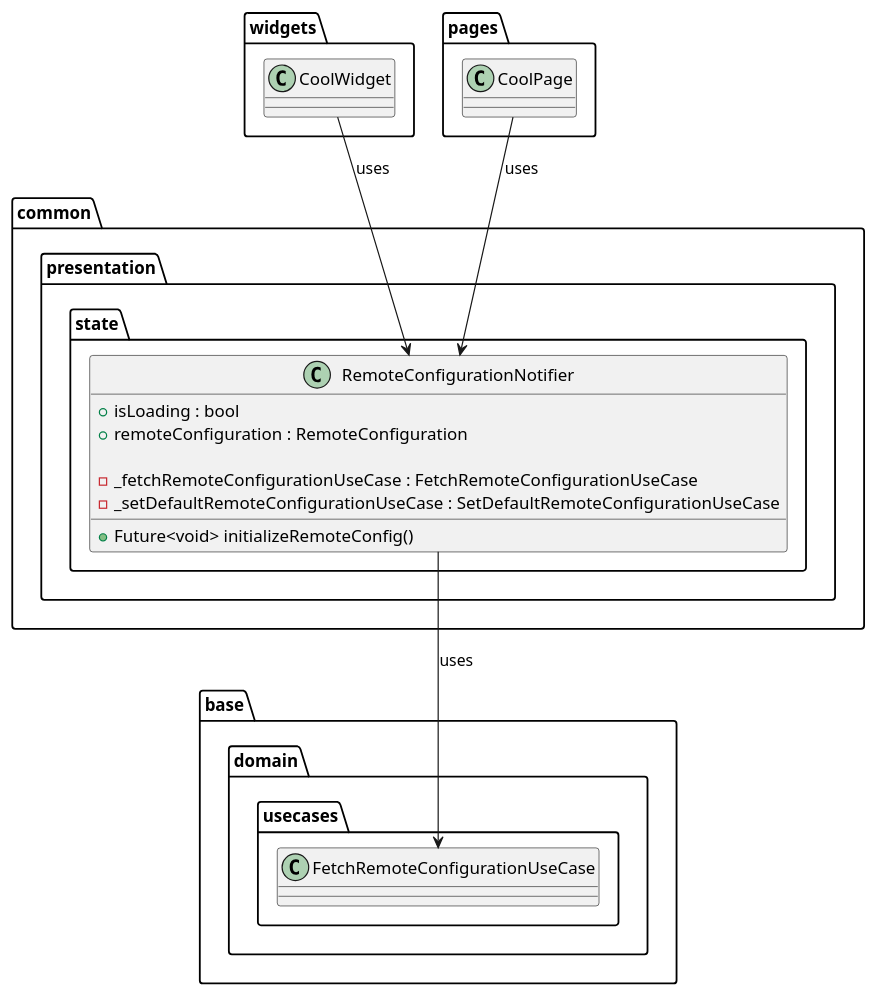
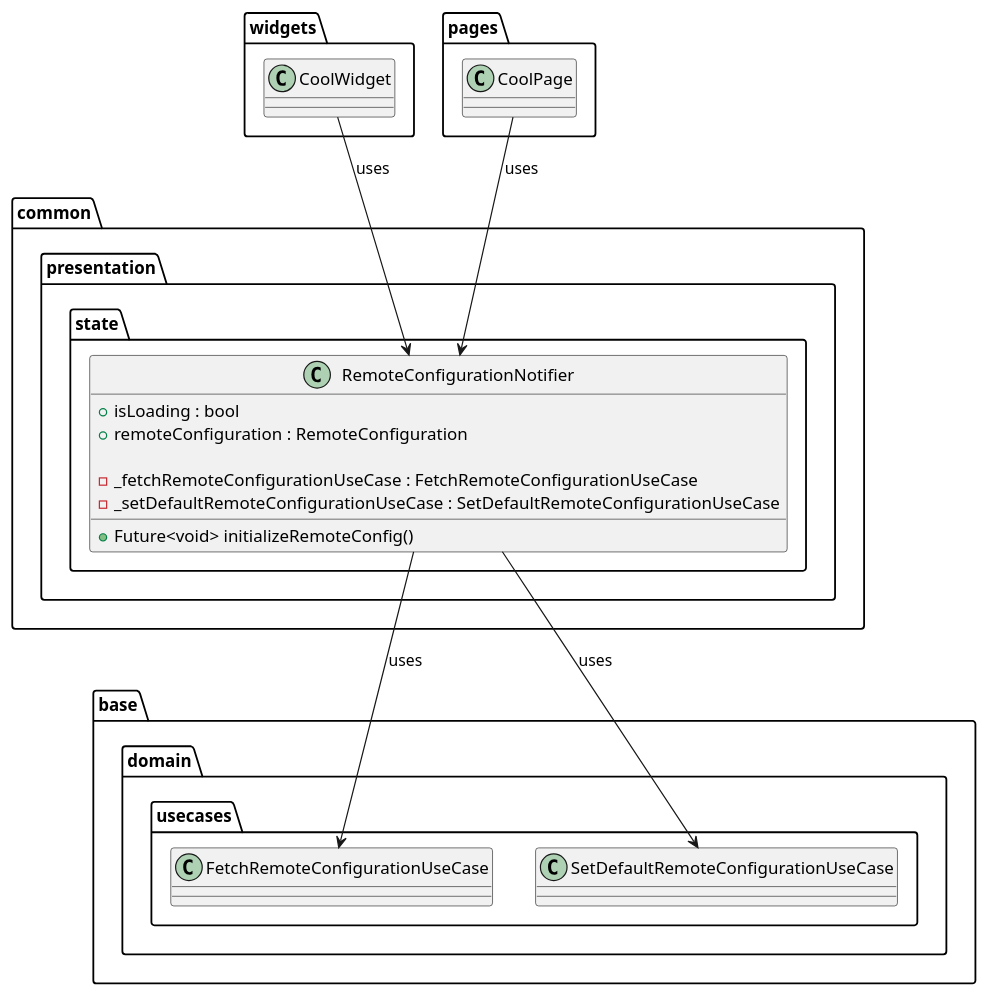
Before and after one commit to Flank/flank-dashboard: the diagram in metrics/web/docs/features/remote_config/diagrams/remote_config_presentation_layer_class_diagram.puml, drawn with PlantUML.

Commit message:
Add uses for SetDefaultRemoteConfigurationUseCase

```diff
--- a/metrics/web/docs/features/remote_config/diagrams/remote_config_presentation_layer_class_diagram.puml
+++ b/metrics/web/docs/features/remote_config/diagrams/remote_config_presentation_layer_class_diagram.puml
@@ -1,33 +1,35 @@
 @startuml remote_config_presentation_layer_class_diagram
 
 package base.domain.usecases {
     class FetchRemoteConfigurationUseCase {}
+    class SetDefaultRemoteConfigurationUseCase {}
 }
 
 package common.presentation.state {
     class RemoteConfigurationNotifier {
         + isLoading : bool
         + remoteConfiguration : RemoteConfiguration
 
         - _fetchRemoteConfigurationUseCase : FetchRemoteConfigurationUseCase
         - _setDefaultRemoteConfigurationUseCase : SetDefaultRemoteConfigurationUseCase
 
         + Future<void> initializeRemoteConfig()   
     }
 }
 
 package widgets {
     class CoolWidget {}
 }
 
 package pages {
     class CoolPage {}
 }
 
 CoolWidget --> RemoteConfigurationNotifier : uses
 
 CoolPage --> RemoteConfigurationNotifier : uses
 
 RemoteConfigurationNotifier --> FetchRemoteConfigurationUseCase : uses
+RemoteConfigurationNotifier --> SetDefaultRemoteConfigurationUseCase : uses
 
 @enduml
```
